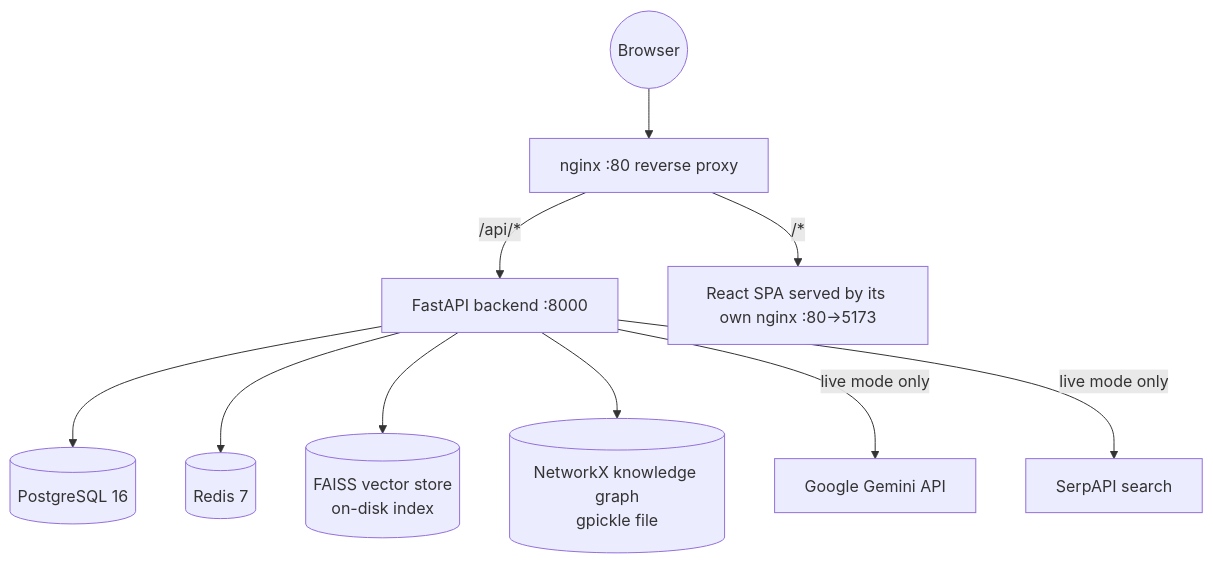
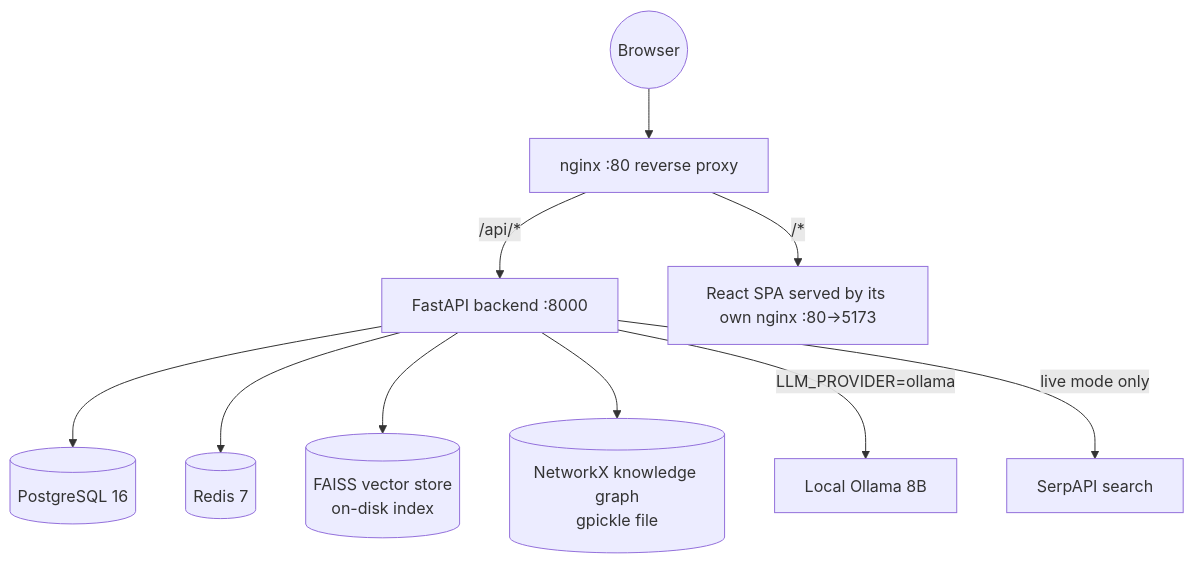
The fifth of 5 diagrams in README.md (tariqnasheed/Career_Kundi_2), drawn with Mermaid before and after one commit. The commit also changed other lines of this file and 14 other files, not shown here.

Commit message:
feat(llm): use local ollama provider

````diff
--- a/README.md
+++ b/README.md
@@ -221,12 +221,12 @@
 ```mermaid
 flowchart TB
   User((Browser)) --> Nginx[nginx :80 reverse proxy]
   Nginx -->|"/api/*"| Backend[FastAPI backend :8000]
   Nginx -->|"/*"| Frontend[React SPA served by its own nginx :80→5173]
   Backend --> PG[(PostgreSQL 16)]
   Backend --> Redis[(Redis 7)]
   Backend --> FAISS[(FAISS vector store\non-disk index)]
   Backend --> Graph[(NetworkX knowledge graph\ngpickle file)]
-  Backend -->|live mode only| Gemini[Google Gemini API]
+  Backend -->|LLM_PROVIDER=ollama| Ollama[Local Ollama 8B]
   Backend -->|live mode only| SerpAPI[SerpAPI search]
 ```
````
